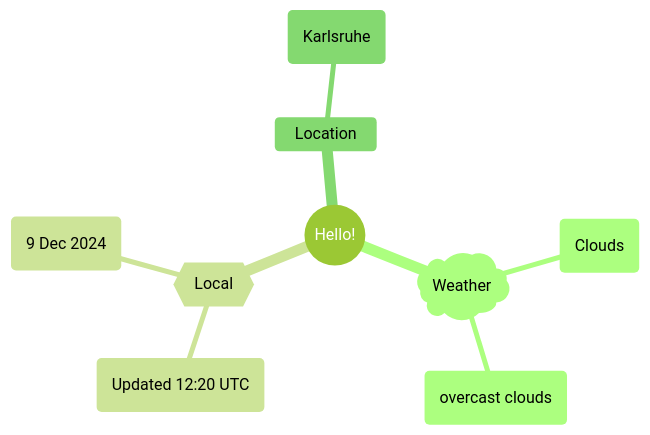
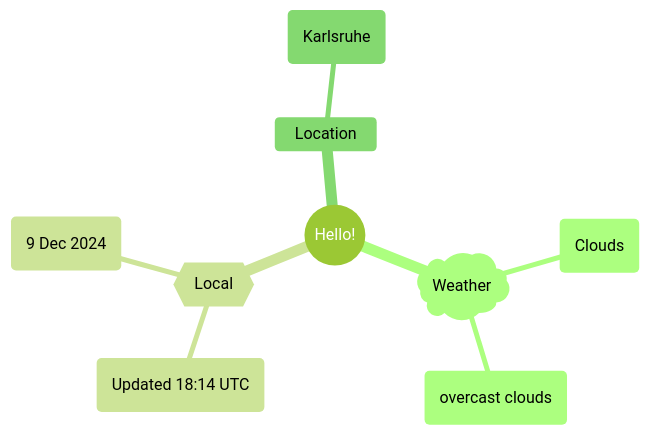
The first of 2 diagrams in README.md (Xosrov/Xosrov), drawn with Mermaid (forest theme) before and after one commit.

Commit message:
[bot] updated images

````diff
--- a/README.md
+++ b/README.md
@@ -3,12 +3,12 @@
 ```mermaid
 mindmap
   root((Hello!))
     )Weather(
         (Clouds)
         (overcast clouds)
     {{Local}}
-        (Updated 12:20 UTC)
+        (Updated 18:14 UTC)
         (9 Dec 2024)
     Location
         (Karlsruhe)
 ```
````
